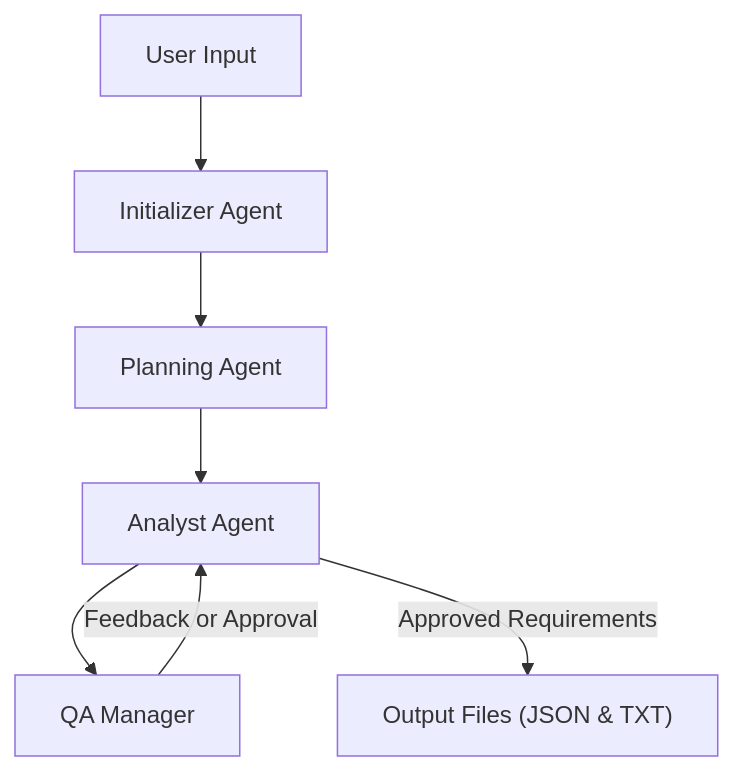
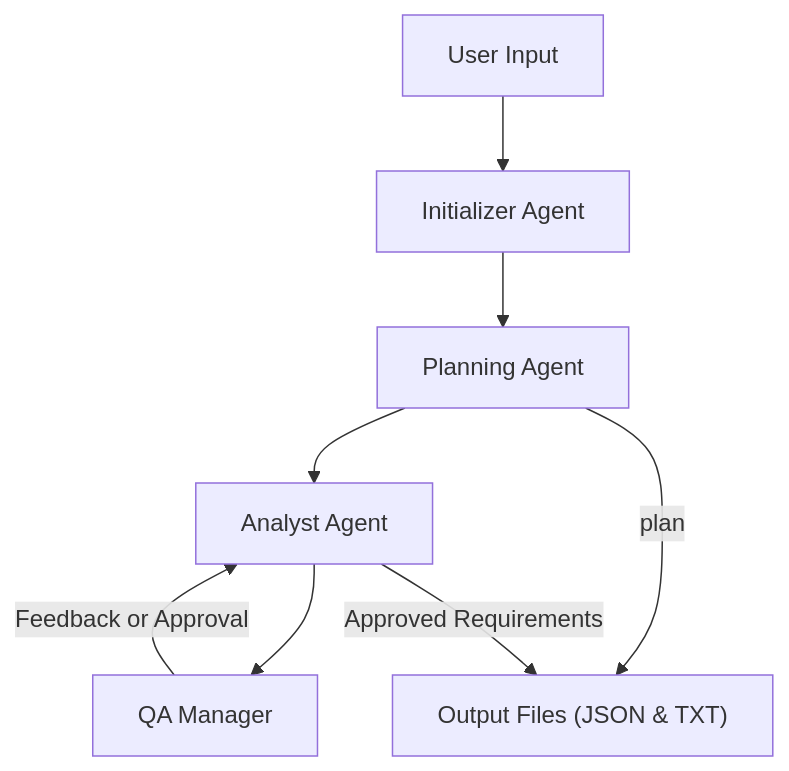
One commit to spidernic/AutogenRequirementsAgent changed the first of 2 diagrams in README.md. Above: the diagram before and after it, drawn with Mermaid.

````diff
--- a/README.md
+++ b/README.md
@@ -124,16 +124,17 @@
 ```mermaid
 graph TD
     UserInput["User Input"]
     Initializer["Initializer Agent"]
     PlanningAgent["Planning Agent"]
     Analyst["Analyst Agent"]
     QAManager["QA Manager"]
     OutputFiles["Output Files (JSON & TXT)"]
 
     UserInput --> Initializer
     Initializer --> PlanningAgent
     PlanningAgent --> Analyst
+    PlanningAgent -->|plan| OutputFiles
     Analyst --> QAManager
     QAManager -->|Feedback or Approval| Analyst
     Analyst -->|Approved Requirements| OutputFiles
 ```
````
